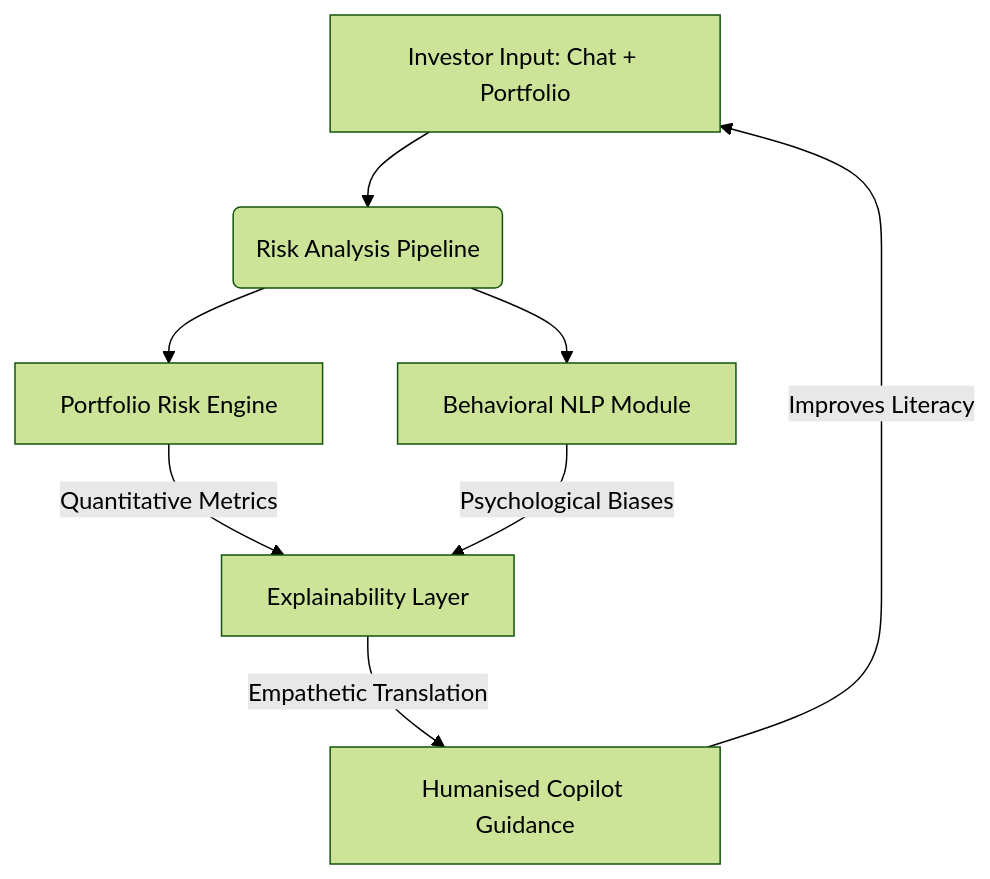
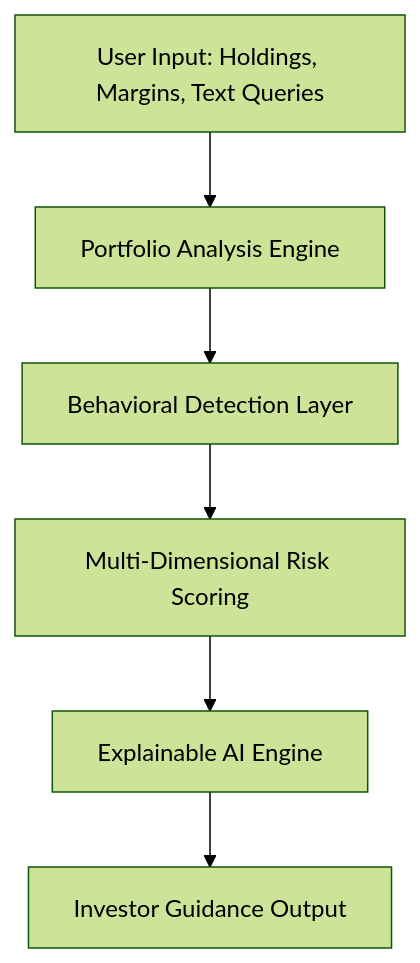
The diagram in research/whitepaper/ai_financial_risk_copilot.md (rigneshroot/ai-risk-copilot), drawn with Mermaid (forest theme) before and after one commit. The commit also changed other lines of this file and 9 other files, not shown here.

Commit message:
Reposition repository as AI-powered investor safety framework: integrate six-category ISS, visual radar chart/heatmap canvas, computational research docs, and Case Study visible AI outputs

````diff
--- a/research/whitepaper/ai_financial_risk_copilot.md
+++ b/research/whitepaper/ai_financial_risk_copilot.md
@@ -87,10 +43,8 @@
 ```mermaid
 graph TD
-    A[Investor Input: Chat + Portfolio] --> B(Risk Analysis Pipeline)
-    B --> C[Portfolio Risk Engine]
-    B --> D[Behavioral NLP Module]
-    C -->|Quantitative Metrics| E[Explainability Layer]
-    D -->|Psychological Biases| E
-    E -->|Empathetic Translation| F[Humanised Copilot Guidance]
-    F -->|Improves Literacy| A
+    A[User Input: Holdings, Margins, Text Queries] --> B[Portfolio Analysis Engine]
+    B --> C[Behavioral Detection Layer]
+    C --> D[Multi-Dimensional Risk Scoring]
+    D --> E[Explainable AI Engine]
+    E --> F[Investor Guidance Output]
 ```
````
